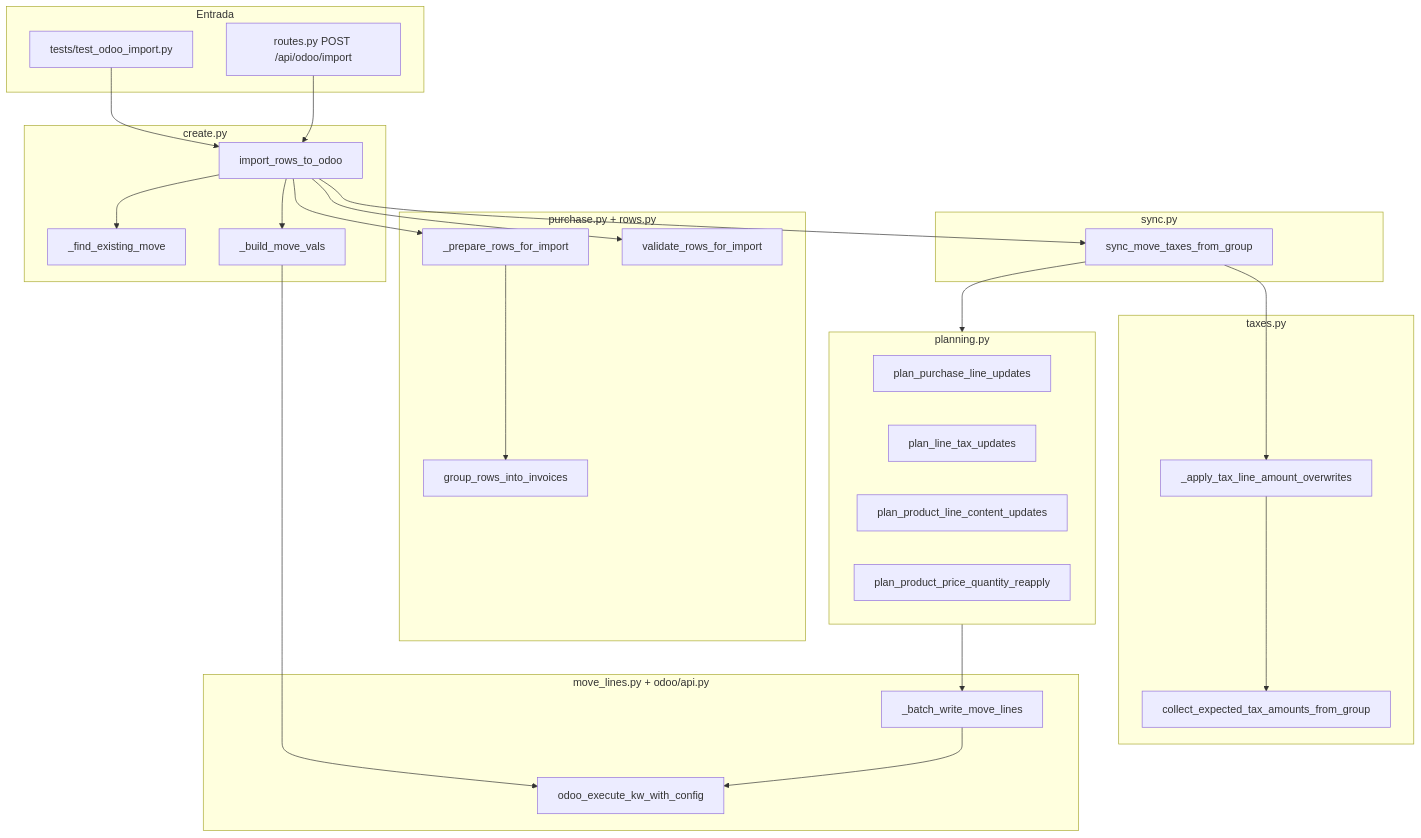
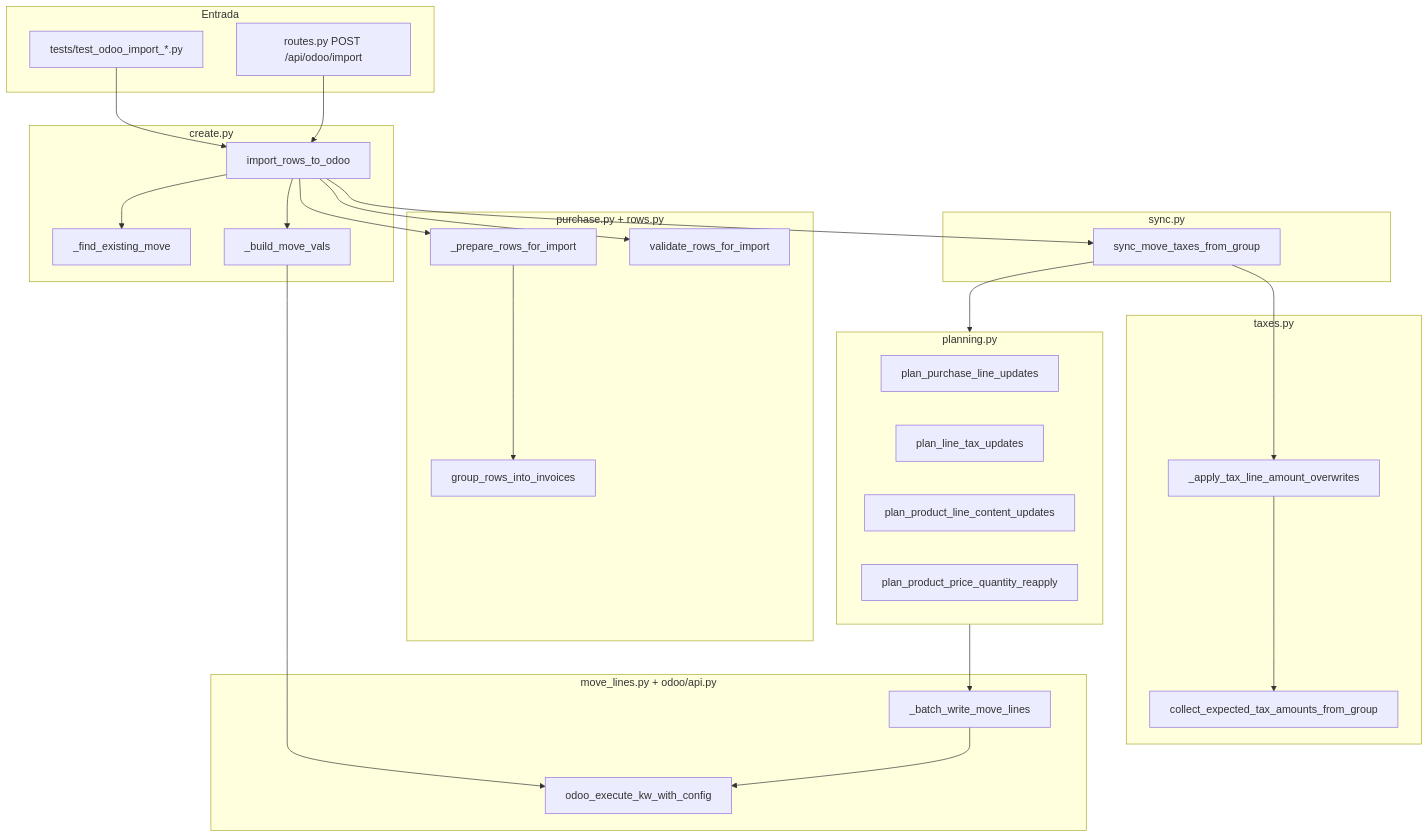
One commit to LezanaMauricioSebastian/facturias_matching changed the diagram in docs/import-odoo/README.md. Above: the diagram before and after it, drawn with Mermaid. The commit also changed other lines of this file and 45 other files, not shown here.

````diff
--- a/docs/import-odoo/README.md
+++ b/docs/import-odoo/README.md
@@ -56,55 +58,55 @@
 ```mermaid
 flowchart TB
   subgraph entry [Entrada]
     api[routes.py POST /api/odoo/import]
-    tests[tests/test_odoo_import.py]
+    tests[tests/test_odoo_import_*.py]
   end
 
   subgraph create_mod [create.py]
     import_fn[import_rows_to_odoo]
     find[_find_existing_move]
     build[_build_move_vals]
   end
 
   subgraph prep [purchase.py + rows.py]
     prepare[_prepare_rows_for_import]
     group[group_rows_into_invoices]
     validate[validate_rows_for_import]
   end
 
   subgraph sync_mod [sync.py]
     sync[sync_move_taxes_from_group]
   end
 
   subgraph plan [planning.py]
     plan_po[plan_purchase_line_updates]
     plan_tax[plan_line_tax_updates]
     plan_content[plan_product_line_content_updates]
     plan_reapply[plan_product_price_quantity_reapply]
   end
 
   subgraph tax [taxes.py]
     collect[collect_expected_tax_amounts_from_group]
     apply[_apply_tax_line_amount_overwrites]
   end
 
   subgraph rpc [move_lines.py + odoo/api.py]
     batch[_batch_write_move_lines]
     odoo_rpc[odoo_execute_kw_with_config]
   end
 
   api --> import_fn
   tests --> import_fn
   import_fn --> validate
   import_fn --> prepare
   import_fn --> find
   import_fn --> build
   import_fn --> sync
   prepare --> group
   sync --> plan
   sync --> apply
   plan --> batch
   apply --> collect
   batch --> odoo_rpc
   build --> odoo_rpc
 ```
````
